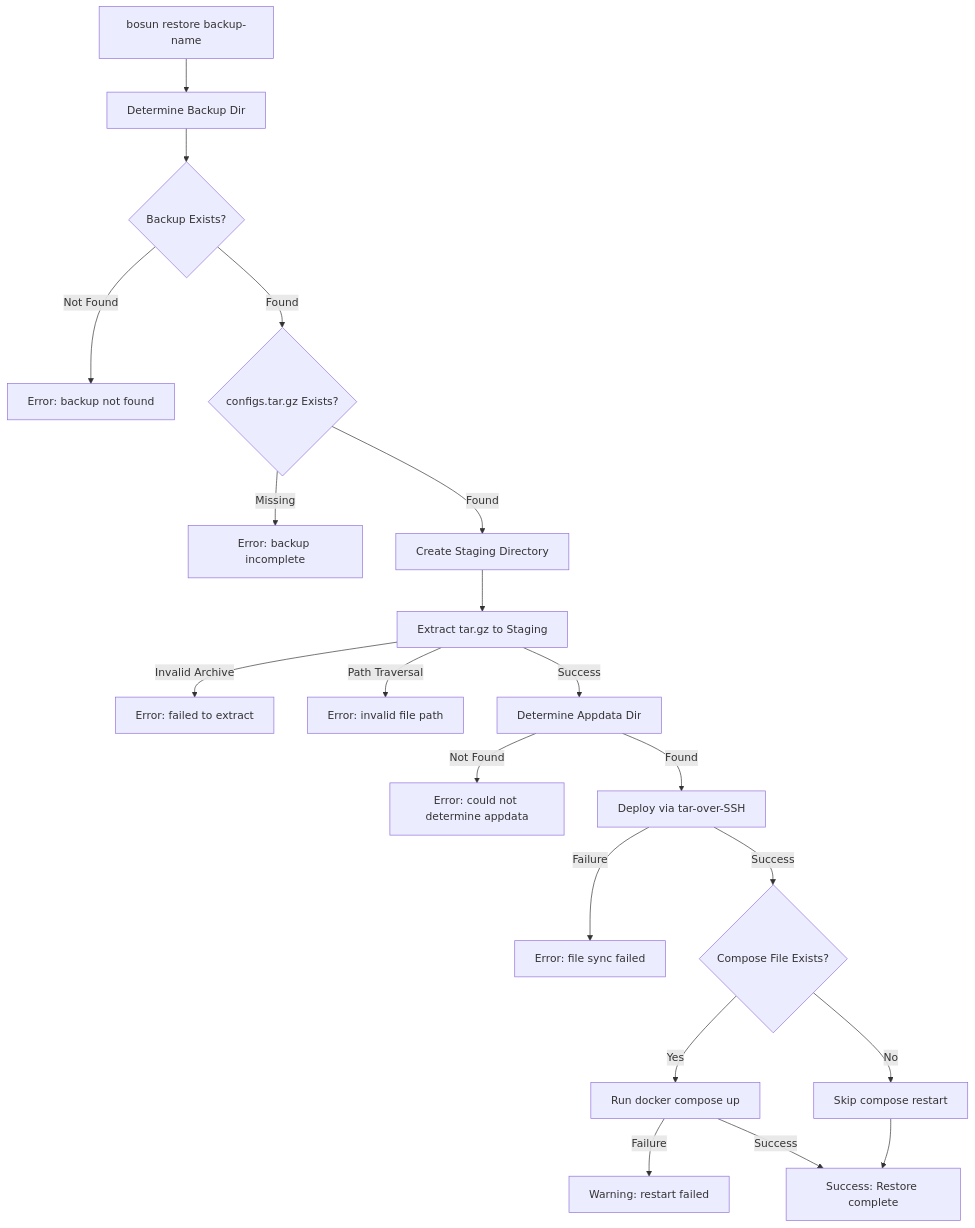
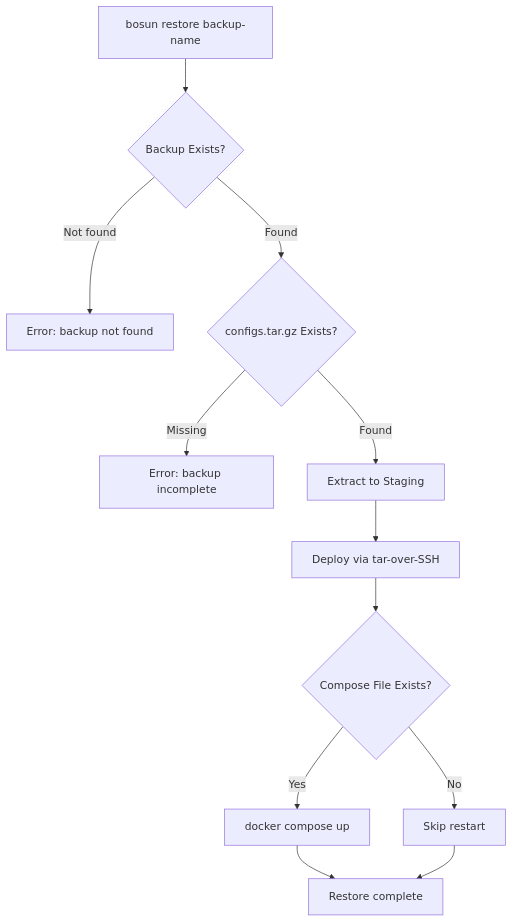
Before and after one commit to cameronsjo/bosun: the fifth of 7 diagrams in docs/workflows.md, drawn with Mermaid. The commit also changed other lines of this file and 8 other files, not shown here.

First line of the commit message:
docs: modernize mermaid diagrams across all docs

````diff
--- a/docs/workflows.md
+++ b/docs/workflows.md
@@ -349,29 +293,19 @@
 ```mermaid
 flowchart TD
-    A[bosun restore backup-name] --> B[Determine Backup Dir]
-    B --> C{Backup Exists?}
+    Start[bosun restore backup-name] --> FindBackup{Backup Exists?}
 
-    C -->|Not Found| C_ERR[Error: backup not found]
-    C -->|Found| D{configs.tar.gz Exists?}
+    FindBackup -->|Not found| BackupErr[Error: backup not found]
+    FindBackup -->|Found| CheckArchive{configs.tar.gz Exists?}
 
-    D -->|Missing| D_ERR[Error: backup incomplete]
-    D -->|Found| E[Create Staging Directory]
+    CheckArchive -->|Missing| ArchiveErr[Error: backup incomplete]
+    CheckArchive -->|Found| ExtractStaging[Extract to Staging]
 
-    E --> F[Extract tar.gz to Staging]
-    F -->|Invalid Archive| F_ERR[Error: failed to extract]
-    F -->|Path Traversal| F_ERR2[Error: invalid file path]
-    F -->|Success| G[Determine Appdata Dir]
+    ExtractStaging --> DeployFiles[Deploy via tar-over-SSH]
+    DeployFiles --> CheckCompose{Compose File Exists?}
 
-    G -->|Not Found| G_ERR[Error: could not determine appdata]
-    G -->|Found| H[Deploy via tar-over-SSH]
+    CheckCompose -->|Yes| ComposeUp[docker compose up]
+    CheckCompose -->|No| SkipRestart[Skip restart]
 
-    H -->|Failure| H_ERR[Error: file sync failed]
-    H -->|Success| I{Compose File Exists?}
-
-    I -->|Yes| J[Run docker compose up]
-    I -->|No| K[Skip compose restart]
-
-    J -->|Failure| J_WARN[Warning: restart failed]
-    J -->|Success| L[Success: Restore complete]
-    K --> L
+    ComposeUp --> Done[Restore complete]
+    SkipRestart --> Done
 ```
````
